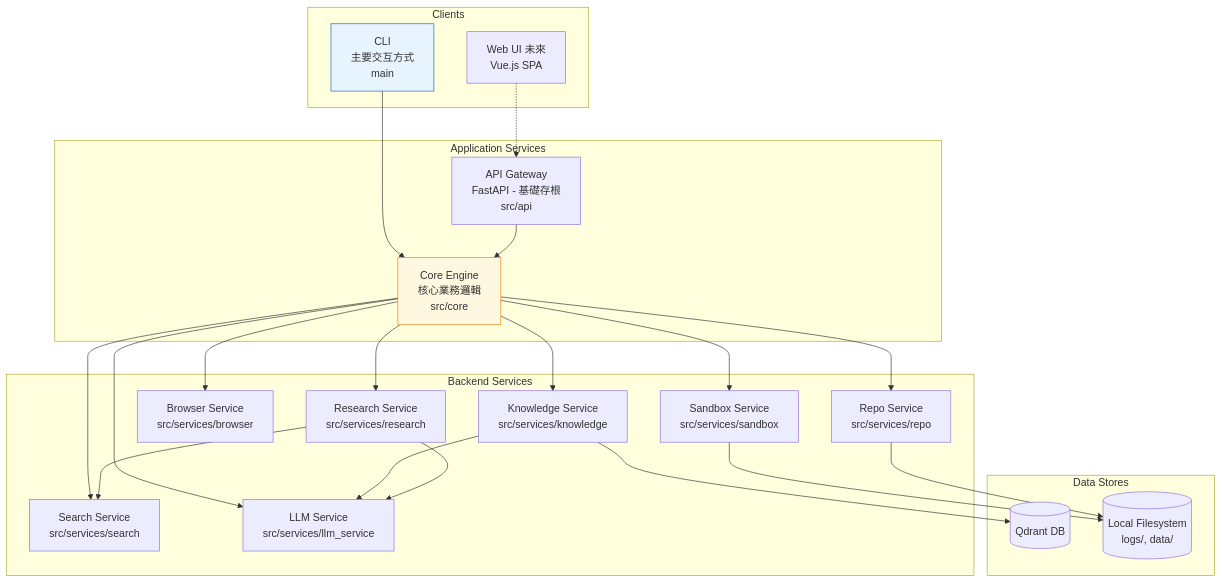
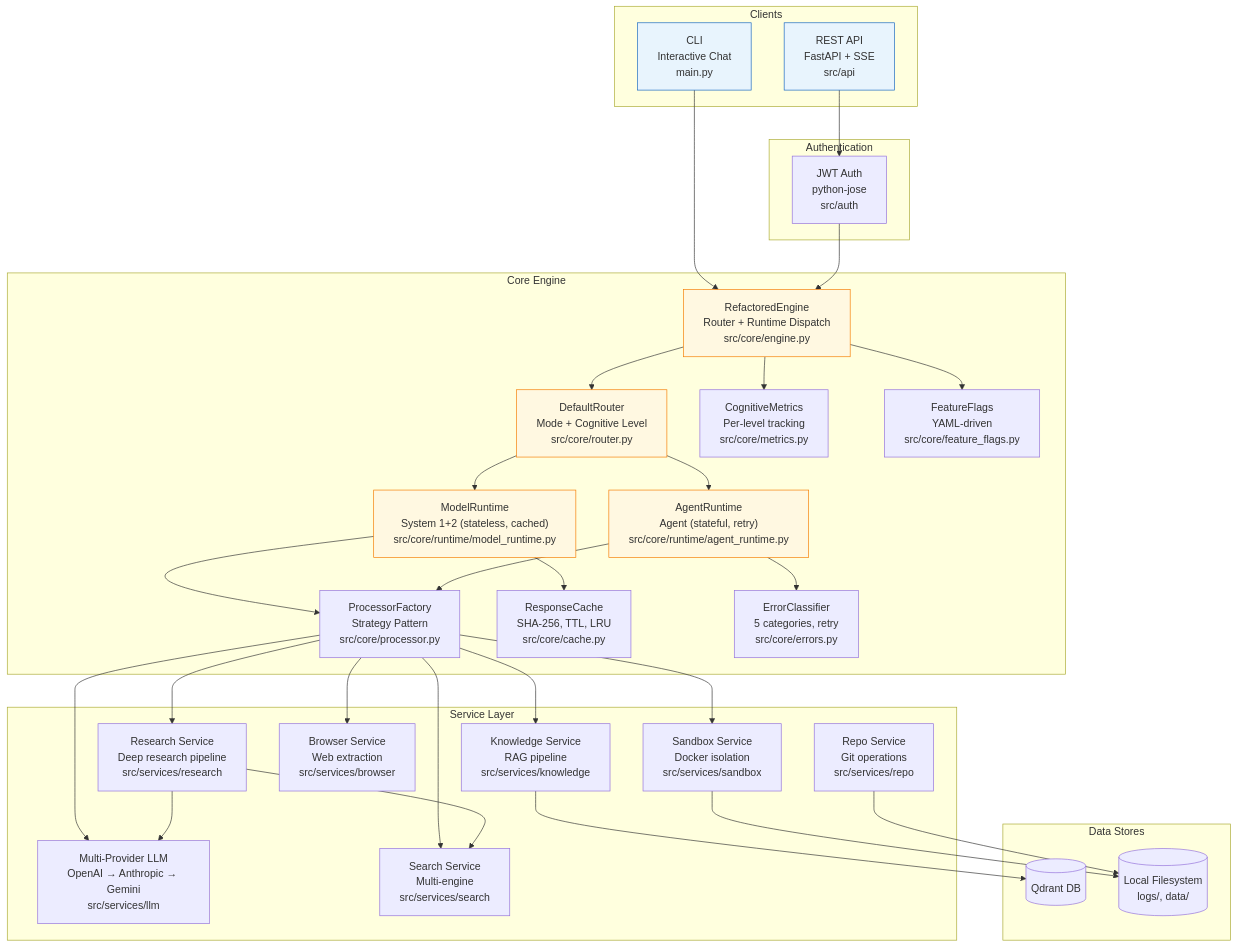
The second of 6 diagrams in Architecture_Refactoring_Toolkit/project_docs/06_architecture_and_design_document.md (Zenobia000/openagent_backend), drawn with Mermaid before and after one commit. The commit also changed other lines of this file and 108 other files, not shown here.

````diff
--- a/Architecture_Refactoring_Toolkit/project_docs/06_architecture_and_design_document.md
+++ b/Architecture_Refactoring_Toolkit/project_docs/06_architecture_and_design_document.md
@@ -67,50 +65,72 @@
 ```mermaid
 graph TB
     subgraph "Clients"
-        CLI["CLI<br/>主要交互方式<br/>main"]
-        WebUI["Web UI 未來<br/>Vue.js SPA"]
+        CLI["CLI<br/>Interactive Chat<br/>main.py"]
+        API["REST API<br/>FastAPI + SSE<br/>src/api"]
     end
 
-    subgraph "Application Services"
-        APIGateway["API Gateway<br/>FastAPI - 基礎存根<br/>src/api"]
-        CoreEngine["Core Engine<br/>核心業務邏輯<br/>src/core"]
+    subgraph "Authentication"
+        Auth["JWT Auth<br/>python-jose<br/>src/auth"]
     end
 
-    subgraph "Backend Services"
-        KnowledgeSvc["Knowledge Service<br/>src/services/knowledge"]
-        SandboxSvc["Sandbox Service<br/>src/services/sandbox"]
-        SearchSvc["Search Service<br/>src/services/search"]
-        LLMSvc["LLM Service<br/>src/services/llm_service"]
-        BrowserSvc["Browser Service<br/>src/services/browser"]
-        ResearchSvc["Research Service<br/>src/services/research"]
-        RepoSvc["Repo Service<br/>src/services/repo"]
+    subgraph "Core Engine"
+        Engine["RefactoredEngine<br/>Router + Runtime Dispatch<br/>src/core/engine.py"]
+        Router["DefaultRouter<br/>Mode + Cognitive Level<br/>src/core/router.py"]
+        ModelRT["ModelRuntime<br/>System 1+2 (stateless, cached)<br/>src/core/runtime/model_runtime.py"]
+        AgentRT["AgentRuntime<br/>Agent (stateful, retry)<br/>src/core/runtime/agent_runtime.py"]
+        Factory["ProcessorFactory<br/>Strategy Pattern<br/>src/core/processor.py"]
+        Cache["ResponseCache<br/>SHA-256, TTL, LRU<br/>src/core/cache.py"]
+        Metrics["CognitiveMetrics<br/>Per-level tracking<br/>src/core/metrics.py"]
+        Errors["ErrorClassifier<br/>5 categories, retry<br/>src/core/errors.py"]
+        Flags["FeatureFlags<br/>YAML-driven<br/>src/core/feature_flags.py"]
+    end
+
+    subgraph "Service Layer"
+        LLMSvc["Multi-Provider LLM<br/>OpenAI → Anthropic → Gemini<br/>src/services/llm"]
+        KnowledgeSvc["Knowledge Service<br/>RAG pipeline<br/>src/services/knowledge"]
+        SearchSvc["Search Service<br/>Multi-engine<br/>src/services/search"]
+        SandboxSvc["Sandbox Service<br/>Docker isolation<br/>src/services/sandbox"]
+        BrowserSvc["Browser Service<br/>Web extraction<br/>src/services/browser"]
+        ResearchSvc["Research Service<br/>Deep research pipeline<br/>src/services/research"]
+        RepoSvc["Repo Service<br/>Git operations<br/>src/services/repo"]
     end
 
     subgraph "Data Stores"
         QdrantDB[("Qdrant DB")]
         LocalFS[("Local Filesystem<br/>logs/, data/")]
     end
 
-    CLI --> CoreEngine
-    WebUI -.-> APIGateway
+    CLI --> Engine
+    API --> Auth
+    Auth --> Engine
 
-    APIGateway --> CoreEngine
-    
-    CoreEngine --> KnowledgeSvc
-    CoreEngine --> SandboxSvc
-    CoreEngine --> SearchSvc
-    CoreEngine --> LLMSvc
-    CoreEngine --> BrowserSvc
-    CoreEngine --> ResearchSvc
-    CoreEngine --> RepoSvc
+    Engine --> Router
+    Router --> ModelRT
+    Router --> AgentRT
+    ModelRT --> Cache
+    ModelRT --> Factory
+    AgentRT --> Factory
+    AgentRT --> Errors
+    Engine --> Metrics
+    Engine --> Flags
+
+    Factory --> LLMSvc
+    Factory --> KnowledgeSvc
+    Factory --> SearchSvc
+    Factory --> SandboxSvc
+    Factory --> BrowserSvc
+    Factory --> ResearchSvc
 
     KnowledgeSvc --> QdrantDB
-    KnowledgeSvc --> LLMSvc
     ResearchSvc --> SearchSvc
     ResearchSvc --> LLMSvc
     SandboxSvc --> LocalFS
     RepoSvc --> LocalFS
-    
-    style CoreEngine fill:#FFF8E1,stroke:#F57C00
+
+    style Engine fill:#FFF8E1,stroke:#F57C00
+    style Router fill:#FFF8E1,stroke:#F57C00
+    style ModelRT fill:#FFF8E1,stroke:#F57C00
+    style AgentRT fill:#FFF8E1,stroke:#F57C00
     style CLI fill:#E8F4FD,stroke:#1565C0
+    style API fill:#E8F4FD,stroke:#1565C0
 ```
````
